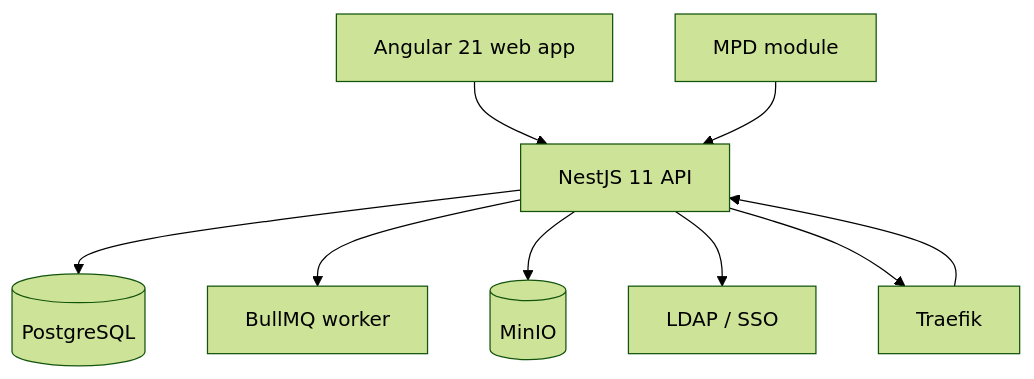
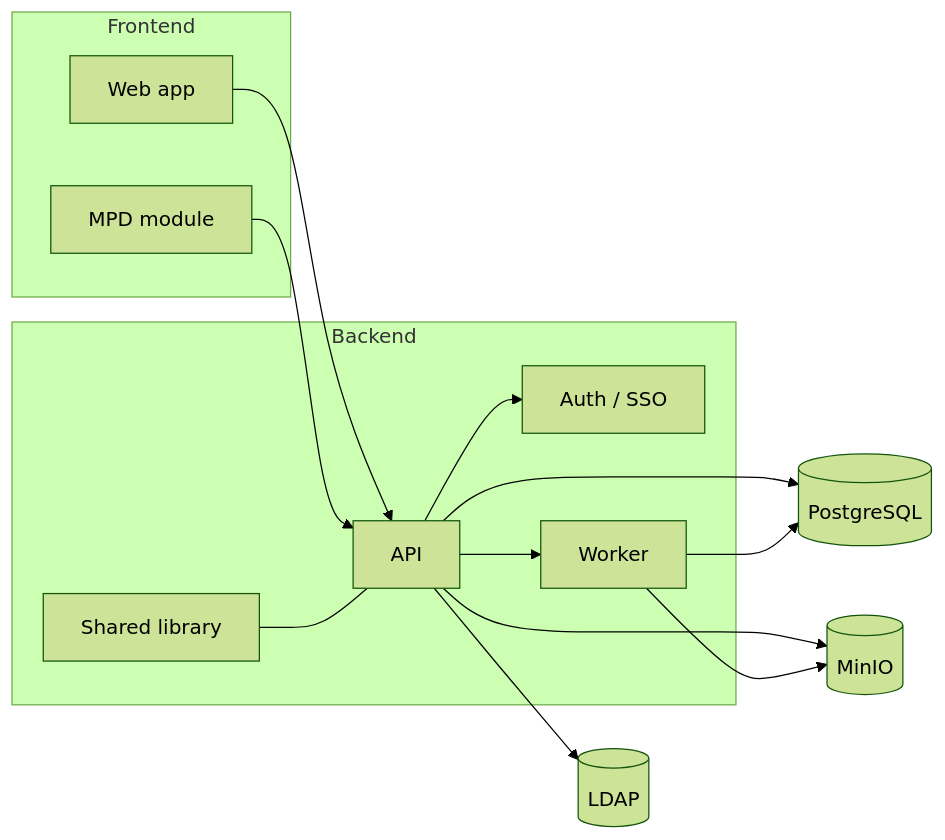
One commit to lDomio/sudocu-case-study changed the second of 2 diagrams in README.md. Above: the diagram before and after it, drawn with Mermaid (forest theme). The commit also changed other lines of this file and 1 other file, not shown here.

Commit message:
docs: add deployment and component diagrams

````diff
--- a/README.md
+++ b/README.md
@@ -41,11 +35,27 @@
 ```mermaid
-flowchart TB
-    WEB[Angular 21 web app] --> API[NestJS 11 API]
-    MPD[MPD module] --> API
-    API --> DB[(PostgreSQL)]
-    API --> WORKER[BullMQ worker]
-    API --> MINIO[(MinIO)]
-    API --> LDAP[LDAP / SSO]
-    API --> TRAEFIK[Traefik]
-    TRAEFIK --> API
+flowchart LR
+    subgraph Frontend
+        WEB[Web app]
+        MPD[MPD module]
+    end
+    subgraph Backend
+        API[API]
+        AUTH[Auth / SSO]
+        WORKER[Worker]
+        SHARED[Shared library]
+    end
+    DB[(PostgreSQL)]
+    MINIO[(MinIO)]
+    LDAP[(LDAP)]
+
+    WEB --> API
+    MPD --> API
+    API --> AUTH
+    API --> DB
+    API --> MINIO
+    API --> LDAP
+    API --> WORKER
+    WORKER --> DB
+    WORKER --> MINIO
+    SHARED --- API
 ```
````
